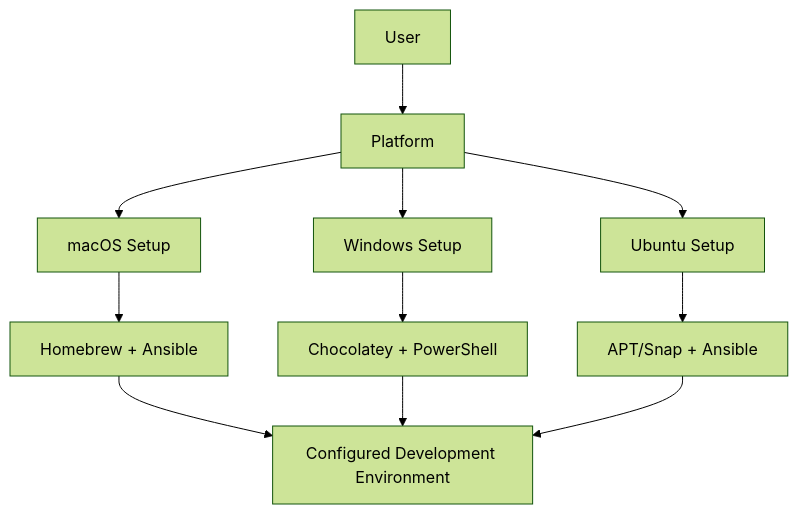
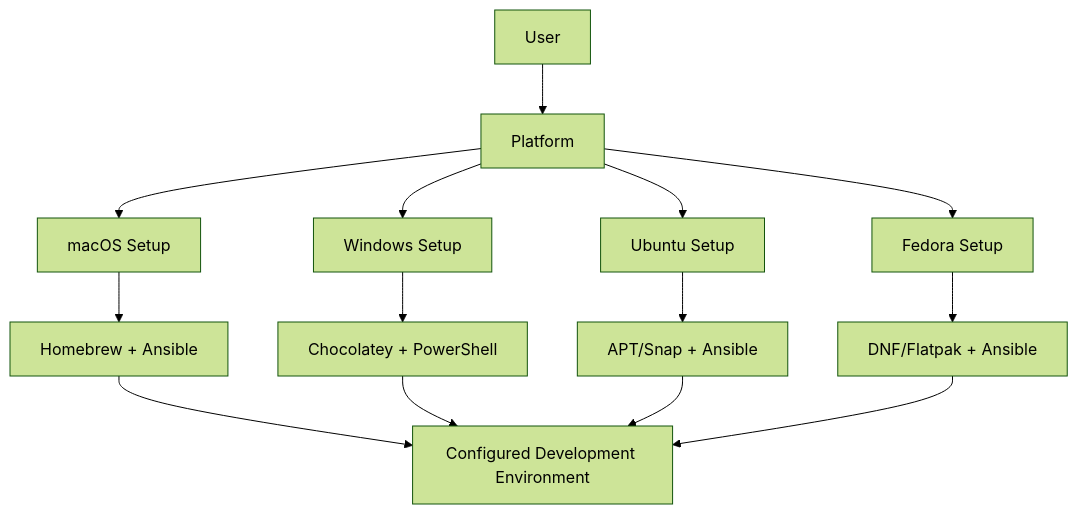
Before and after one commit to ryanspletzer/dev-machine-setup: the first of 10 diagrams in docs/architecture.md, drawn with Mermaid (forest theme). The commit also changed other lines of this file and 20 other files, not shown here.

````diff
--- a/docs/architecture.md
+++ b/docs/architecture.md
@@ -41,15 +47,18 @@
 ```mermaid
 graph TB
     A[User] --> B[Platform]
     B --> C[macOS Setup]
     B --> D[Windows Setup]
     B --> E[Ubuntu Setup]
+    B --> F2[Fedora Setup]
 
     C --> F[Homebrew + Ansible]
     D --> G[Chocolatey + PowerShell]
     E --> H[APT/Snap + Ansible]
+    F2 --> H2[DNF/Flatpak + Ansible]
 
     F --> I[Configured Development Environment]
     G --> I
     H --> I
+    H2 --> I
 ```
````
